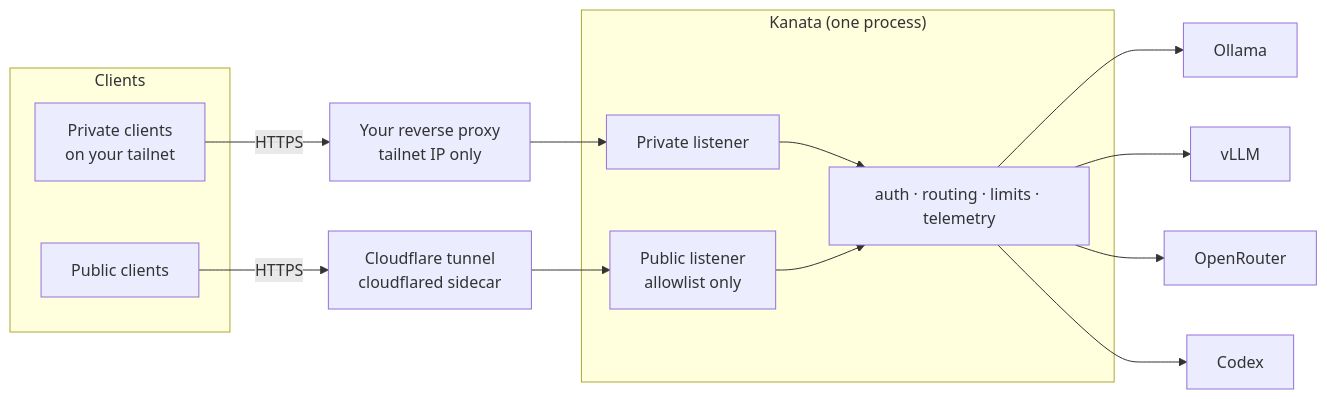
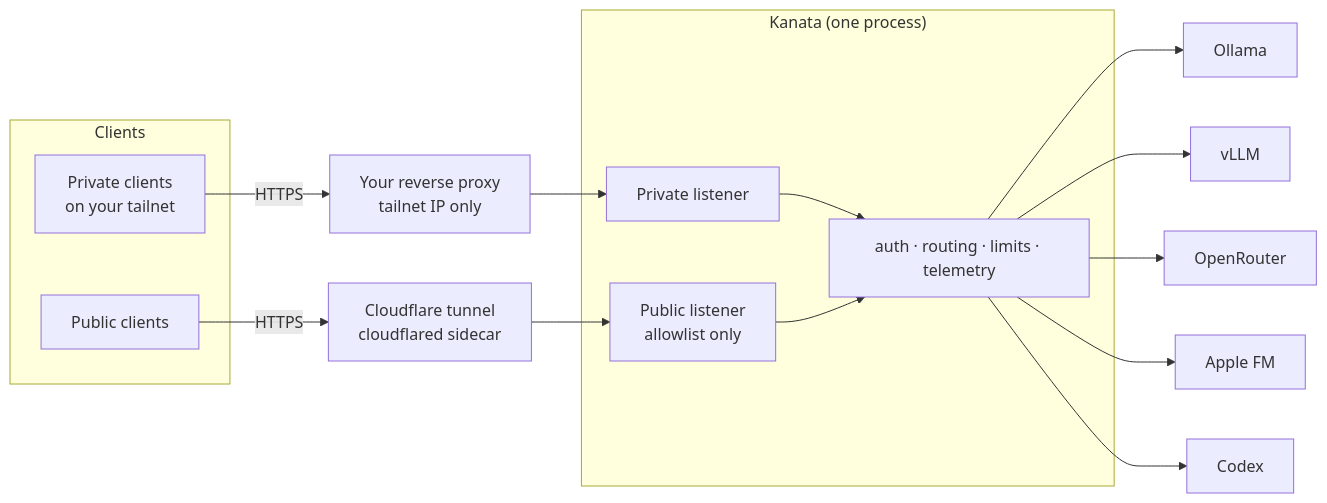
Before and after one commit to hoshinoht/kanata: the diagram in README.md, drawn with Mermaid. The commit also changed other lines of this file and 47 other files, not shown here.

````diff
--- a/README.md
+++ b/README.md
@@ -70,22 +71,23 @@
 ```mermaid
 flowchart LR
   subgraph Clients
     P[Private clients<br/>on your tailnet]
     X[Public clients]
   end
   P -->|HTTPS| RP[Your reverse proxy<br/>tailnet IP only]
   X -->|HTTPS| CF[Cloudflare tunnel<br/>cloudflared sidecar]
   RP --> KP
   CF --> KU
   subgraph Kanata["Kanata (one process)"]
     KP[Private listener]
     KU[Public listener<br/>allowlist only]
     CORE[auth · routing · limits · telemetry]
     KP --> CORE
     KU --> CORE
   end
   CORE --> O[Ollama]
   CORE --> V[vLLM]
   CORE --> R[OpenRouter]
+  CORE --> A[Apple FM]
   CORE --> C[Codex]
 ```
````
